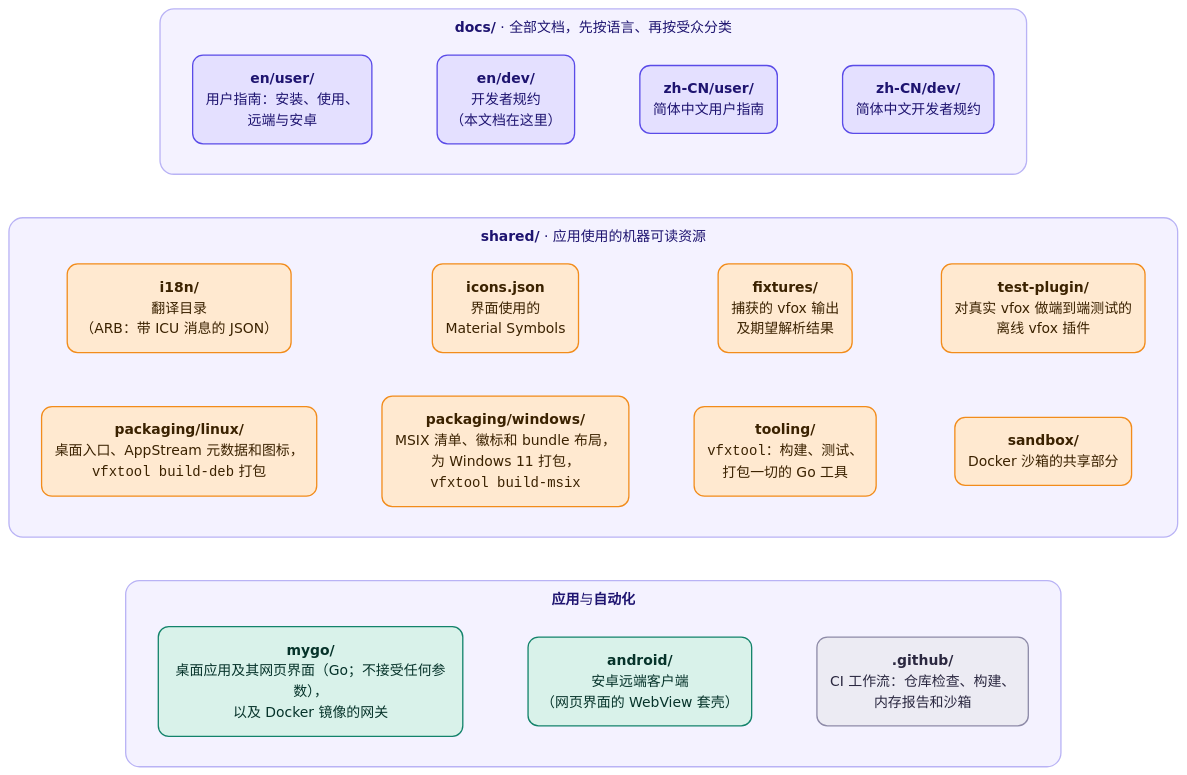
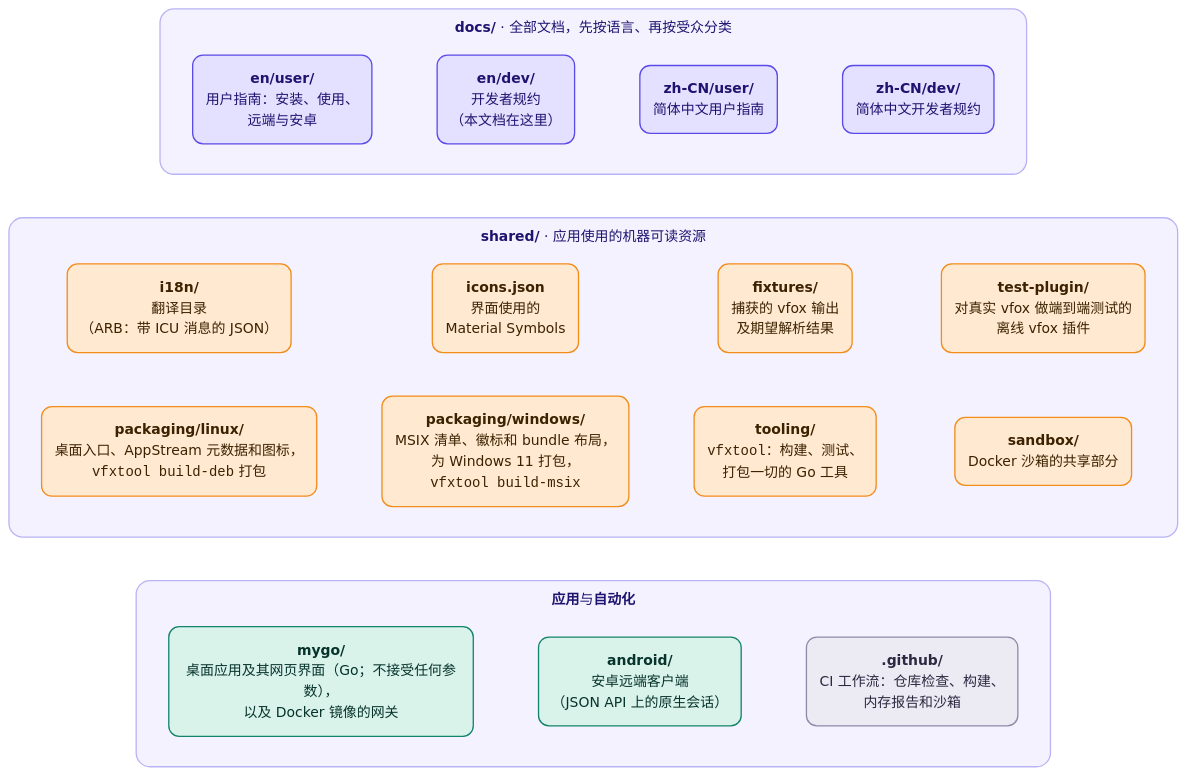
The first of 5 diagrams in docs/zh-CN/dev/architecture.md (version-fox/vfox-plus), drawn with Mermaid before and after one commit. The commit also changed other lines of this file and 47 other files, not shown here.

First line of the commit message:
Ship the native Android client, drop WebView, tighten UI copy

````diff
--- a/docs/zh-CN/dev/architecture.md
+++ b/docs/zh-CN/dev/architecture.md
@@ -12,51 +12,51 @@
 ```mermaid
 ---
 config:
   theme: base
   themeVariables:
     fontFamily: "system-ui, -apple-system, 'Segoe UI', 'Noto Sans', 'Noto Sans CJK SC', 'PingFang SC', 'Microsoft YaHei', sans-serif"
     lineColor: "#7C79A8"
     primaryColor: "#FFE9D0"
     primaryBorderColor: "#F28C1B"
     primaryTextColor: "#3B2200"
     clusterBkg: "#F4F2FF"
     clusterBorder: "#B9B3F5"
     titleColor: "#1E1470"
     edgeLabelBackground: "#FFFFFF"
   flowchart:
     curve: basis
     wrappingWidth: 320
     subGraphTitleMargin:
       top: 10
       bottom: 8
 ---
 flowchart TB
     accTitle: 仓库布局
     accDescr: docs 存放文档，shared 存放应用使用的资源，mygo 是应用和 Docker 镜像的网关，android 是安卓客户端，.github 是 CI 工作流。
     subgraph docs["<b>docs/</b> · 全部文档，先按语言、再按受众分类"]
         direction LR
         d1("<b>en/user/</b><br/>用户指南：安装、使用、<br/>远端与安卓") ~~~ d2("<b>en/dev/</b><br/>开发者规约<br/>（本文档在这里）") ~~~ d3("<b>zh-CN/user/</b><br/>简体中文用户指南") ~~~ d4("<b>zh-CN/dev/</b><br/>简体中文开发者规约")
     end
     subgraph shared["<b>shared/</b> · 应用使用的机器可读资源"]
         direction LR
         s1("<b>i18n/</b><br/>翻译目录<br/>（ARB：带 ICU 消息的 JSON）") ~~~ s2("<b>icons.json</b><br/>界面使用的<br/>Material Symbols") ~~~ s3("<b>fixtures/</b><br/>捕获的 vfox 输出<br/>及期望解析结果") ~~~ s4("<b>test-plugin/</b><br/>对真实 vfox 做端到端测试的<br/>离线 vfox 插件")
         s5("<b>packaging/linux/</b><br/>桌面入口、AppStream 元数据和图标，<br/><code>vfxtool build-deb</code> 打包") ~~~ s6("<b>packaging/windows/</b><br/>MSIX 清单、徽标和 bundle 布局，<br/>为 Windows 11 打包，<br/><code>vfxtool build-msix</code>") ~~~ s7("<b>tooling/</b><br/><code>vfxtool</code>：构建、测试、<br/>打包一切的 Go 工具") ~~~ s8("<b>sandbox/</b><br/>Docker 沙箱的共享部分")
     end
     subgraph code["<b>应用</b>与<b>自动化</b>"]
         direction LR
-        m("<b>mygo/</b><br/>桌面应用及其网页界面（Go；不接受任何参数），<br/>以及 Docker 镜像的网关") ~~~ a("<b>android/</b><br/>安卓远端客户端<br/>（网页界面的 WebView 套壳）") ~~~ g("<b>.github/</b><br/>CI 工作流：仓库检查、构建、<br/>内存报告和沙箱")
+        m("<b>mygo/</b><br/>桌面应用及其网页界面（Go；不接受任何参数），<br/>以及 Docker 镜像的网关") ~~~ a("<b>android/</b><br/>安卓远端客户端<br/>（JSON API 上的原生会话）") ~~~ g("<b>.github/</b><br/>CI 工作流：仓库检查、构建、<br/>内存报告和沙箱")
     end
     docs ~~~ shared ~~~ code
 
     classDef docs fill:#E4E0FF,stroke:#5A4BE8,color:#1E1470,stroke-width:1.5px,rx:12,ry:12
     classDef shared fill:#FFE9D0,stroke:#F28C1B,color:#3B2200,stroke-width:1.5px,rx:12,ry:12
     classDef app fill:#D9F2EA,stroke:#13836B,color:#06332A,stroke-width:1.5px,rx:12,ry:12
     classDef ci fill:#ECEBF3,stroke:#8E8BA8,color:#2B2840,stroke-width:1.5px,rx:12,ry:12
     class d1,d2,d3,d4 docs
     class s1,s2,s3,s4,s5,s6,s7,s8 shared
     class m,a app
     class g ci
     style docs fill:#F4F2FF,stroke:#B9B3F5,stroke-width:1.5px,rx:16,ry:16
     style shared fill:#F4F2FF,stroke:#B9B3F5,stroke-width:1.5px,rx:16,ry:16
     style code fill:#F4F2FF,stroke:#B9B3F5,stroke-width:1.5px,rx:16,ry:16
 ```
````
